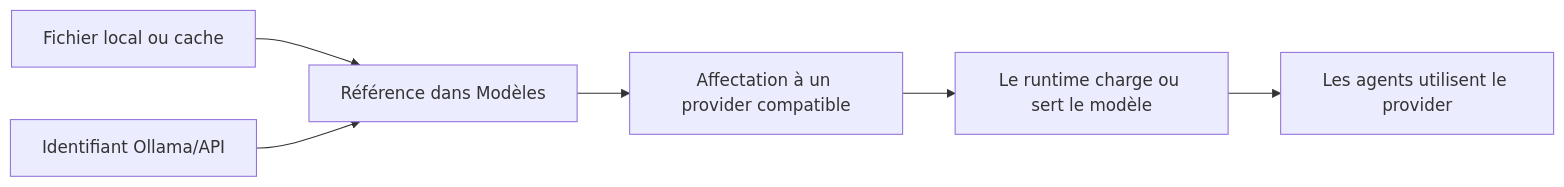
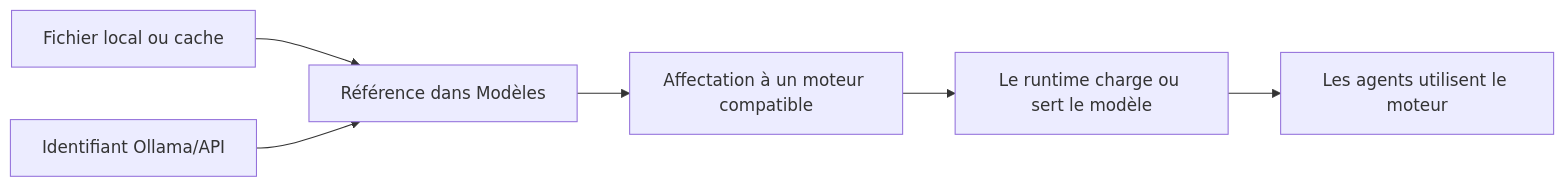
The diagram in docs/MODELS.md (Siloze/PiHub), drawn with Mermaid before and after one commit. The commit also changed other lines of this file and 29 other files, not shown here.

````diff
--- a/docs/MODELS.md
+++ b/docs/MODELS.md
@@ -9,8 +9,8 @@
 ```mermaid
 flowchart LR
     F["Fichier local ou cache"] --> C["Référence dans Modèles"]
     I["Identifiant Ollama/API"] --> C
-    C --> P["Affectation à un provider compatible"]
+    C --> P["Affectation à un moteur compatible"]
     P --> R["Le runtime charge ou sert le modèle"]
-    R --> A["Les agents utilisent le provider"]
+    R --> A["Les agents utilisent le moteur"]
 ```
````
